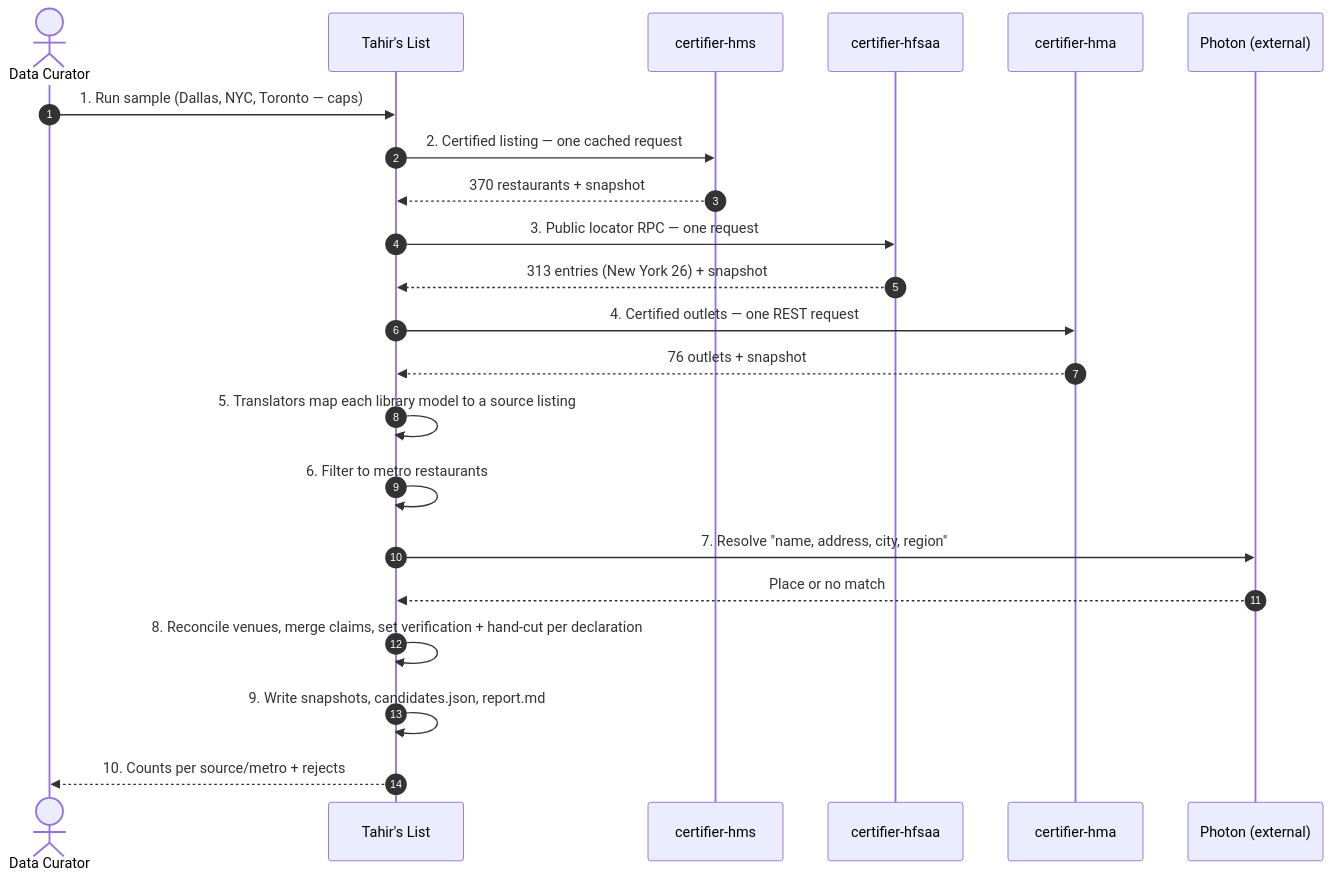
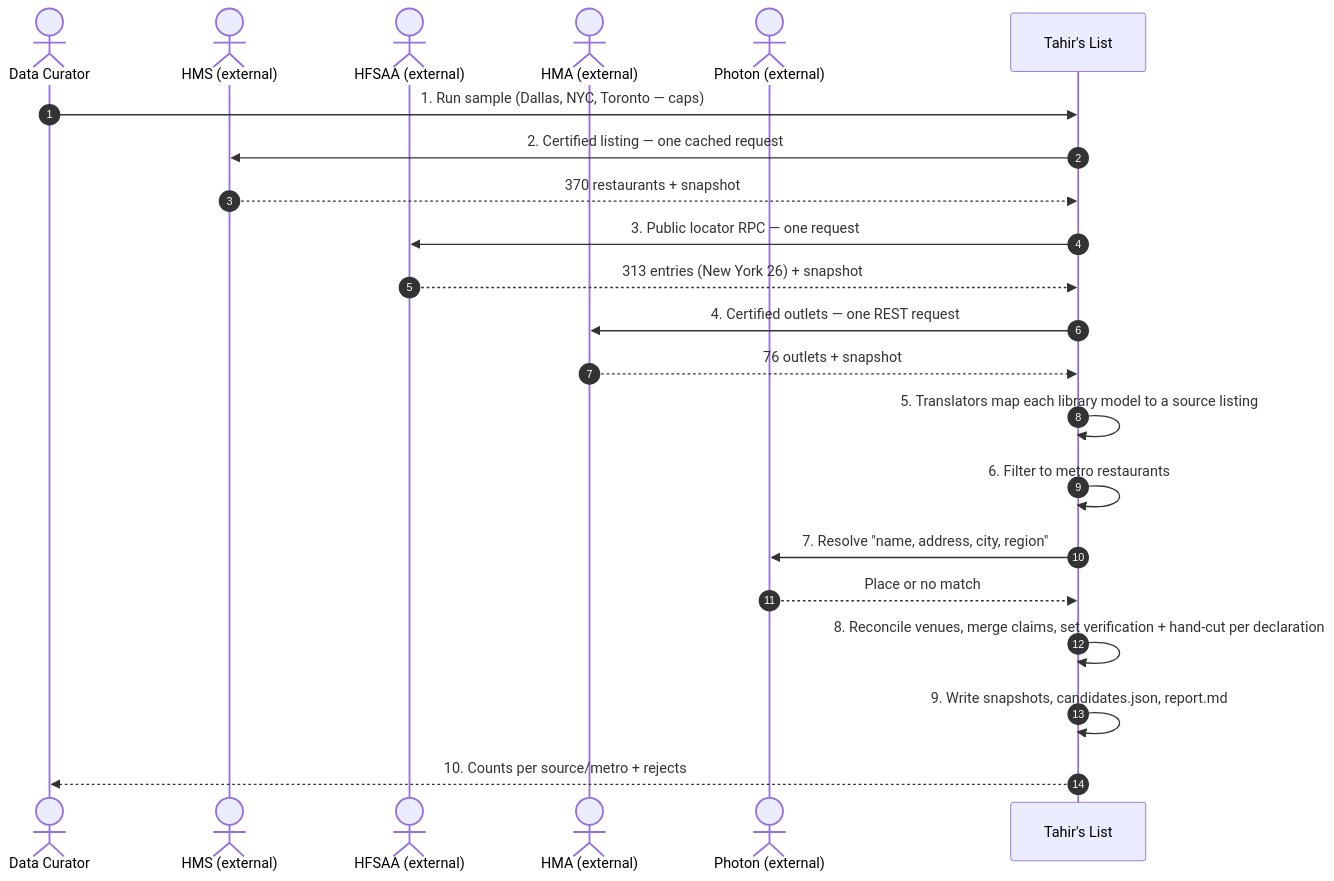
The first of 11 diagrams in docs/features/SC-211/04-blackbox/UC-01-run-sample-directory-ingestion.md (Losers-Lab/tahirs-list), drawn with Mermaid before and after one commit. The commit also changed 10 other files, not shown here.

Commit message:
[SC-211] Apply diagram actor and data-store conventions

````diff
--- a/docs/features/SC-211/04-blackbox/UC-01-run-sample-directory-ingestion.md
+++ b/docs/features/SC-211/04-blackbox/UC-01-run-sample-directory-ingestion.md
@@ -6,24 +6,24 @@
 ```mermaid
 sequenceDiagram
   autonumber
   actor DC as Data Curator
+  actor HMS as HMS (external)
+  actor HF as HFSAA (external)
+  actor HM as HMA (external)
+  actor PH as Photon (external)
   participant TL as Tahir's List
-  participant HMS as certifier-hms
-  participant HF as certifier-hfsaa
-  participant HM as certifier-hma
-  participant PH as Photon (external)
   DC->>TL: 1. Run sample (Dallas, NYC, Toronto — caps)
   TL->>HMS: 2. Certified listing — one cached request
   HMS-->>TL: 370 restaurants + snapshot
   TL->>HF: 3. Public locator RPC — one request
   HF-->>TL: 313 entries (New York 26) + snapshot
   TL->>HM: 4. Certified outlets — one REST request
   HM-->>TL: 76 outlets + snapshot
   TL->>TL: 5. Translators map each library model to a source listing
   TL->>TL: 6. Filter to metro restaurants
   TL->>PH: 7. Resolve "name, address, city, region"
   PH-->>TL: Place or no match
   TL->>TL: 8. Reconcile venues, merge claims, set verification + hand-cut per declaration
   TL->>TL: 9. Write snapshots, candidates.json, report.md
   TL-->>DC: 10. Counts per source/metro + rejects
 ```
````
